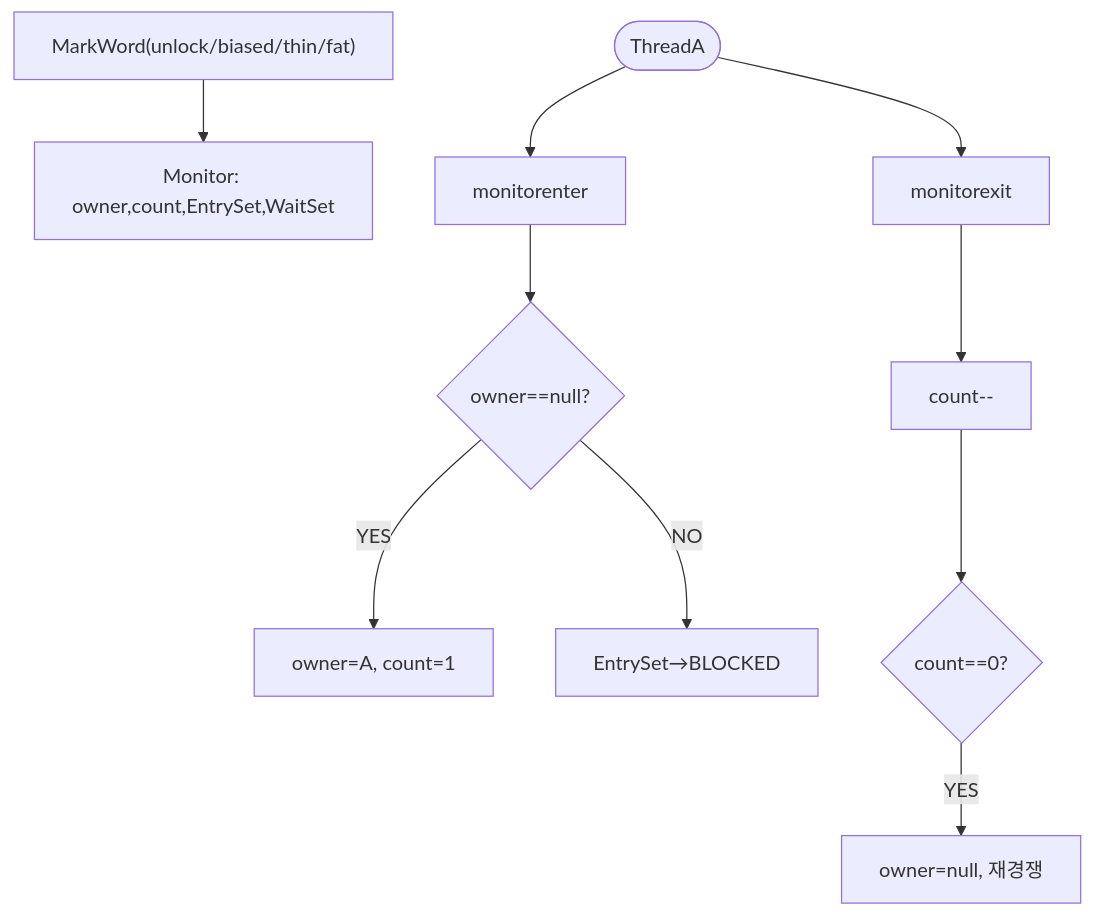
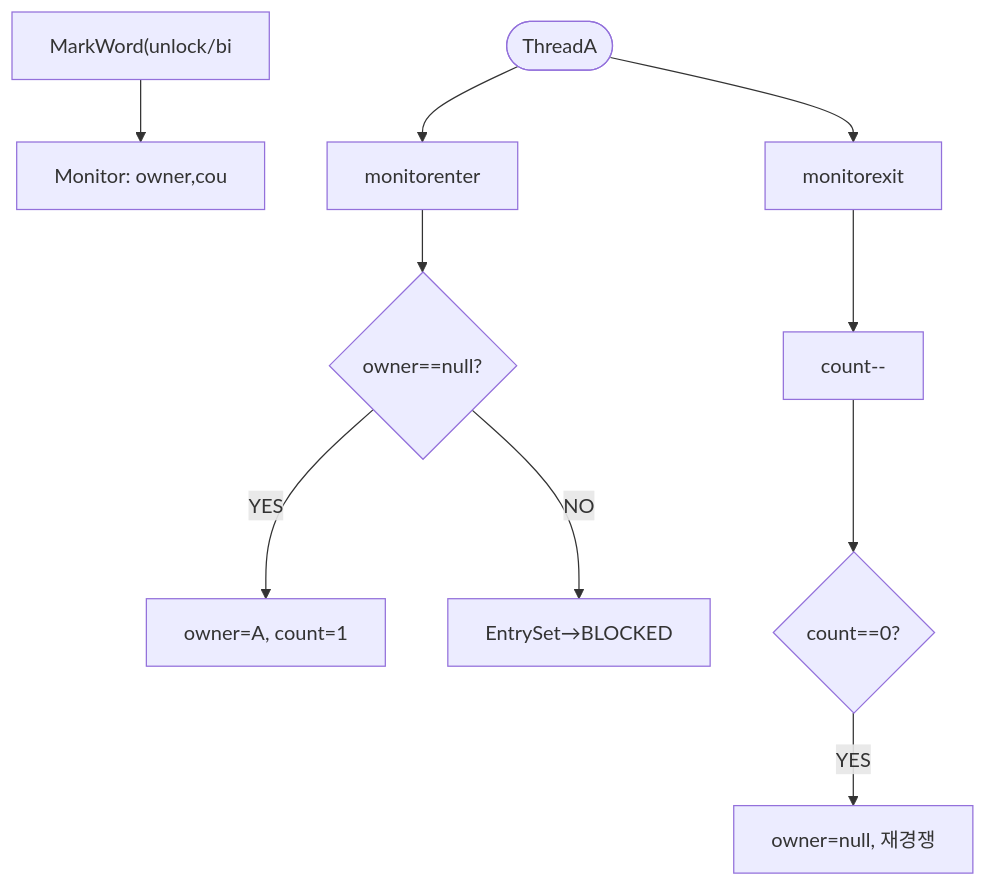
Before and after one commit to yjkim2015/yjkim2015.github.io: the fifth of 17 diagrams in _posts/java/2026-05-01-java-thread.md, drawn with Mermaid. The commit also changed other lines of this file and 271 other files, not shown here.

First line of the commit message:
Mermaid 라벨 축소: 긴 노드 텍스트 18자 이하로 트림 + \n 제거

````diff
--- a/_posts/java/2026-05-01-java-thread.md
+++ b/_posts/java/2026-05-01-java-thread.md
@@ -336,12 +336,12 @@
 ```mermaid
 graph TD
-    MW["MarkWord(unlock/biased/thin/fat)"] --> MON["Monitor: owner,count,EntrySet,WaitSet"]
+    MW["MarkWord(unlock/bi"] --> MON["Monitor: owner,cou"]
     TA([ThreadA]) --> ME[monitorenter]
     ME --> CHK{owner==null?}
     CHK -->|YES| OWN["owner=A, count=1"]
     CHK -->|NO| BLK["EntrySet→BLOCKED"]
     TA --> MX[monitorexit]
     MX --> DEC["count--"]
     DEC --> CHK2{count==0?}
     CHK2 -->|YES| REL["owner=null, 재경쟁"]
 ```
````
